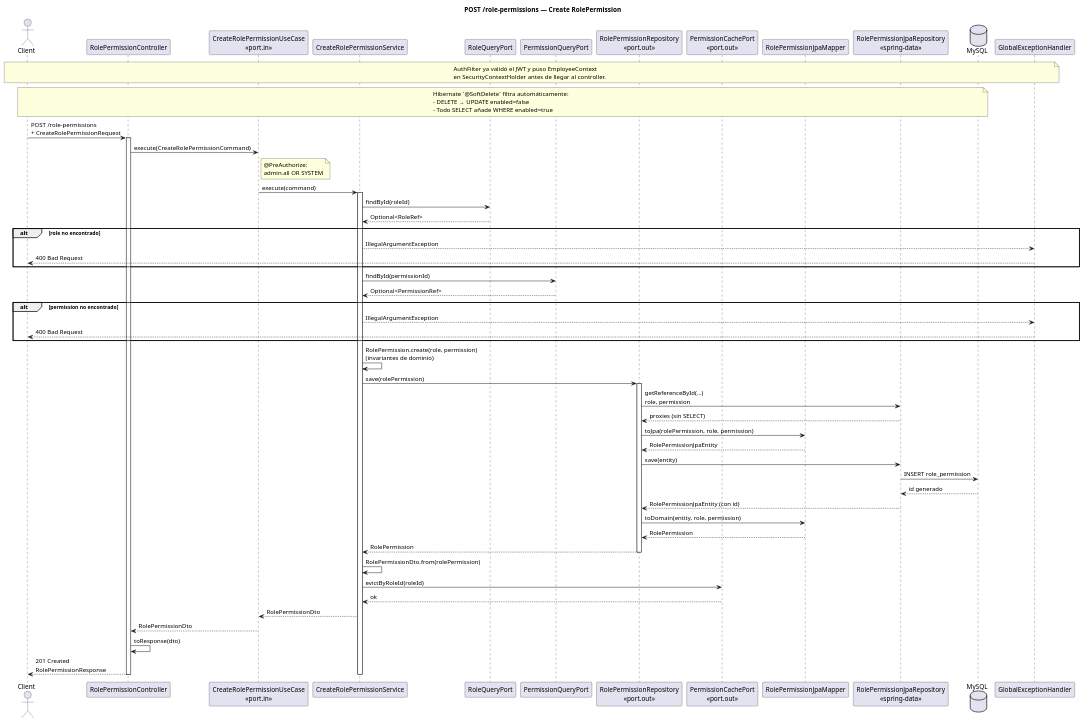
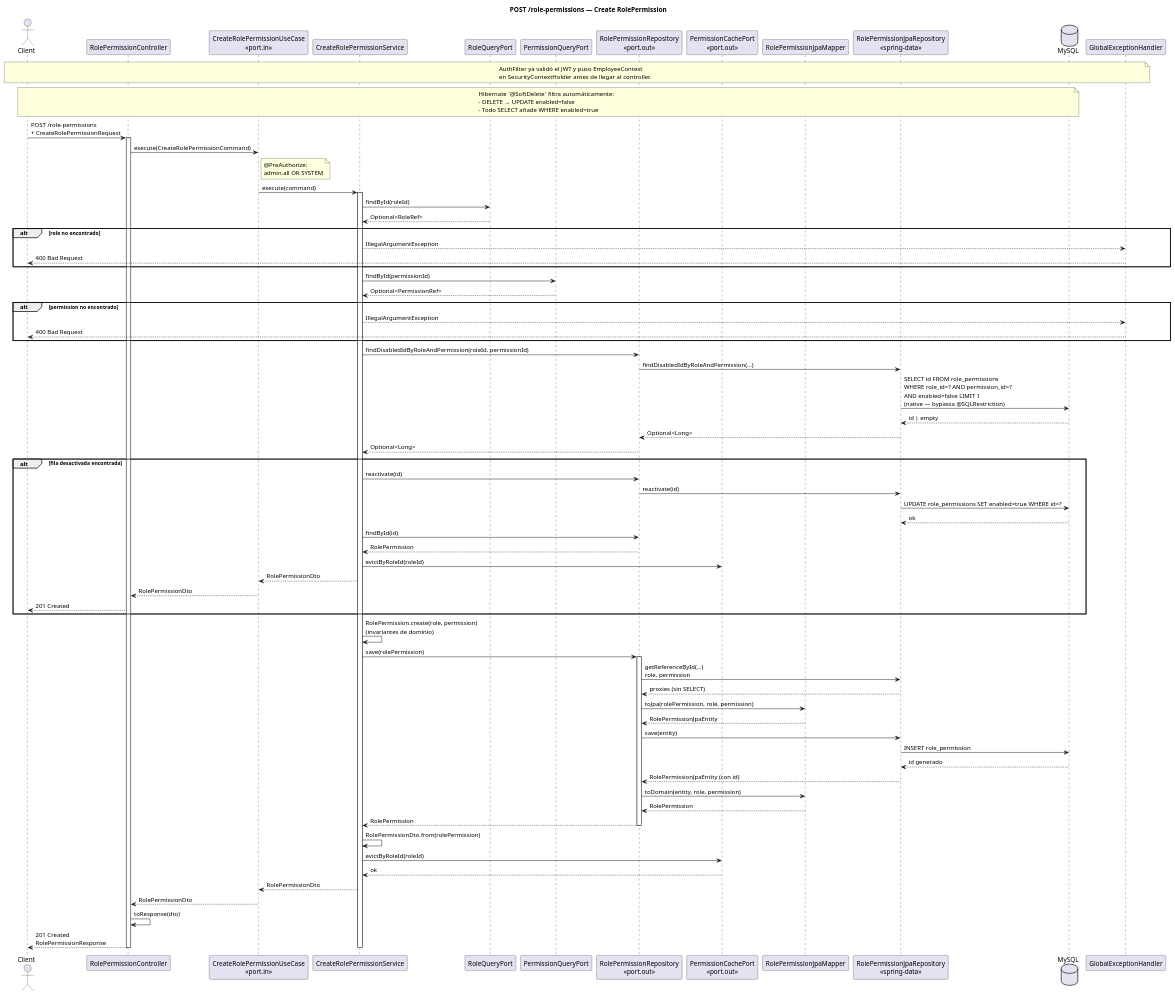
Before and after one commit to kefaroTech/vetsoftware-backend: the diagram in uml/sequenceDiagram/rolepermission/create.puml, drawn with PlantUML. The commit also changed 30 other files, not shown here.

```diff
--- a/uml/sequenceDiagram/rolepermission/create.puml
+++ b/uml/sequenceDiagram/rolepermission/create.puml
@@ -1,82 +1,101 @@
 @startuml rolepermission_create
 title POST /role-permissions — Create RolePermission
 
 actor Client
 participant "RolePermissionController" as Controller
 participant "CreateRolePermissionUseCase\n<<port.in>>" as UseCase
 participant "CreateRolePermissionService" as Service
 participant "RoleQueryPort" as RoleQP
 participant "PermissionQueryPort" as PermQP
 participant "RolePermissionRepository\n<<port.out>>" as Repo
 participant "PermissionCachePort\n<<port.out>>" as CachePort
 participant "RolePermissionJpaMapper" as Mapper
 participant "RolePermissionJpaRepository\n<<spring-data>>" as JpaRepo
 database "MySQL" as DB
 participant "GlobalExceptionHandler" as GEH
 
 note over Client, GEH
   AuthFilter ya validó el JWT y puso EmployeeContext
   en SecurityContextHolder antes de llegar al controller.
 end note
 
 note over Client, DB
   Hibernate `@SoftDelete` filtra automáticamente:
   - DELETE → UPDATE enabled=false
   - Todo SELECT añade WHERE enabled=true
 end note
 
 Client -> Controller : POST /role-permissions\n+ CreateRolePermissionRequest
 activate Controller
 
 Controller -> UseCase : execute(CreateRolePermissionCommand)
 note right of UseCase
   @PreAuthorize:
   admin.all OR SYSTEM
 end note
 
 UseCase -> Service : execute(command)
 activate Service
 
 Service -> RoleQP : findById(roleId)
 RoleQP --> Service : Optional<RoleRef>
 alt role no encontrado
   Service --> GEH : IllegalArgumentException
   GEH --> Client : 400 Bad Request
 end
 
 Service -> PermQP : findById(permissionId)
 PermQP --> Service : Optional<PermissionRef>
 alt permission no encontrado
   Service --> GEH : IllegalArgumentException
   GEH --> Client : 400 Bad Request
 end
 
+Service -> Repo : findDisabledIdByRoleAndPermission(roleId, permissionId)
+Repo -> JpaRepo : findDisabledIdByRoleAndPermission(...)
+JpaRepo -> DB : SELECT id FROM role_permissions\nWHERE role_id=? AND permission_id=?\nAND enabled=false LIMIT 1\n(native — bypassa @SQLRestriction)
+DB --> JpaRepo : id | empty
+JpaRepo --> Repo : Optional<Long>
+Repo --> Service : Optional<Long>
+alt fila desactivada encontrada
+  Service -> Repo : reactivate(id)
+  Repo -> JpaRepo : reactivate(id)
+  JpaRepo -> DB : UPDATE role_permissions SET enabled=true WHERE id=?
+  DB --> JpaRepo : ok
+  Service -> Repo : findById(id)
+  Repo --> Service : RolePermission
+  Service -> CachePort : evictByRoleId(roleId)
+  Service --> UseCase : RolePermissionDto
+  UseCase --> Controller : RolePermissionDto
+  Controller --> Client : 201 Created
+end
+
 Service -> Service : RolePermission.create(role, permission)\n(invariantes de dominio)
 
 Service -> Repo : save(rolePermission)
 activate Repo
 Repo -> JpaRepo : getReferenceById(...)\nrole, permission
 JpaRepo --> Repo : proxies (sin SELECT)
 Repo -> Mapper : toJpa(rolePermission, role, permission)
 Mapper --> Repo : RolePermissionJpaEntity
 Repo -> JpaRepo : save(entity)
 JpaRepo -> DB : INSERT role_permission
 DB --> JpaRepo : id generado
 JpaRepo --> Repo : RolePermissionJpaEntity (con id)
 Repo -> Mapper : toDomain(entity, role, permission)
 Mapper --> Repo : RolePermission
 Repo --> Service : RolePermission
 deactivate Repo
 
 Service -> Service : RolePermissionDto.from(rolePermission)
 Service -> CachePort : evictByRoleId(roleId)
 CachePort --> Service : ok
 Service --> UseCase : RolePermissionDto
 UseCase --> Controller : RolePermissionDto
 
 Controller -> Controller : toResponse(dto)
 Controller --> Client : 201 Created\nRolePermissionResponse
 deactivate Controller
 deactivate Service
 
 @enduml
```
